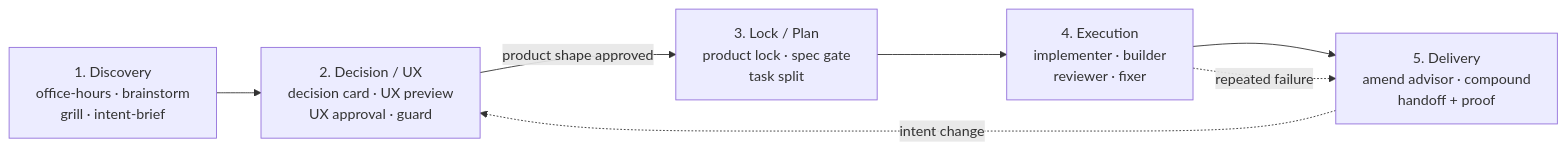
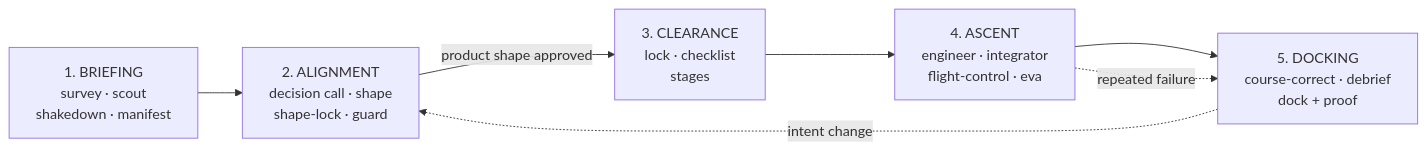
The diagram in README.md (hanseo5/driftlock), drawn with Mermaid before and after one commit. The commit also changed other lines of this file and 178 other files, not shown here.

````diff
--- a/README.md
+++ b/README.md
@@ -44,9 +47,9 @@
 ```mermaid
 flowchart LR
-    A[1. Discovery<br/>office-hours · brainstorm<br/>grill · intent-brief] --> B[2. Decision / UX<br/>decision card · UX preview<br/>UX approval · guard]
-    B -->|product shape approved| C[3. Lock / Plan<br/>product lock · spec gate<br/>task split]
-    C --> D[4. Execution<br/>implementer · builder<br/>reviewer · fixer]
-    D --> E[5. Delivery<br/>amend advisor · compound<br/>handoff + proof]
+    A[1. BRIEFING<br/>survey · scout<br/>shakedown · manifest] --> B[2. ALIGNMENT<br/>decision call · shape<br/>shape-lock · guard]
+    B -->|product shape approved| C[3. CLEARANCE<br/>lock · checklist<br/>stages]
+    C --> D[4. ASCENT<br/>engineer · integrator<br/>flight-control · eva]
+    D --> E[5. DOCKING<br/>course-correct · debrief<br/>dock + proof]
     D -.->|repeated failure| E
     E -.->|intent change| B
 ```
````
